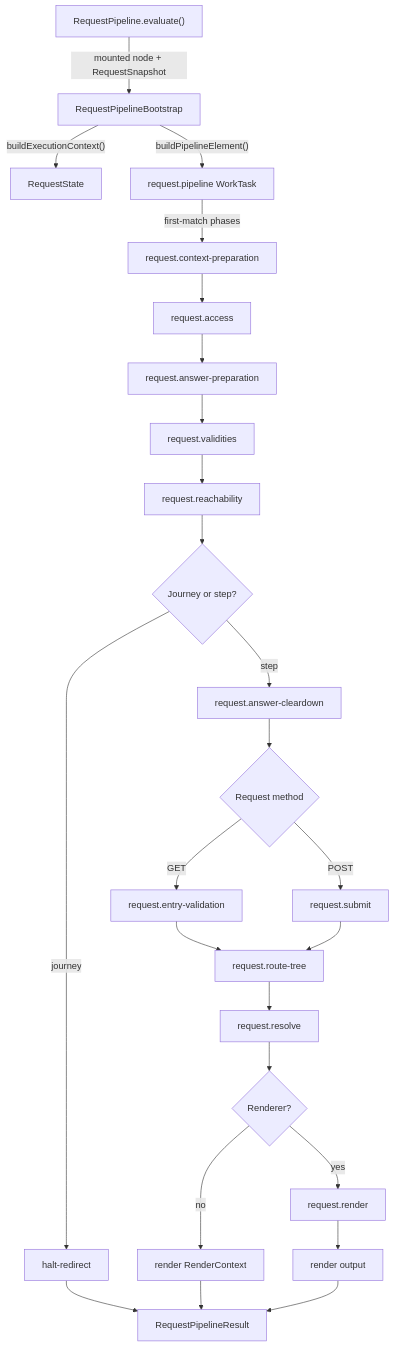
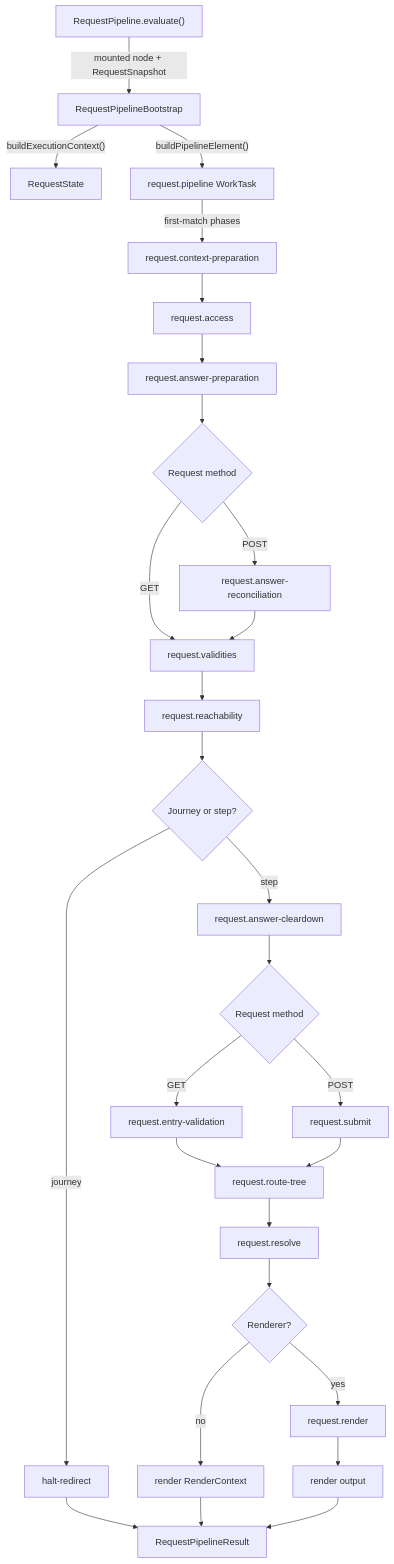
One commit to ministryofjustice/hmpps-forge changed the diagram in packages/forge-core/src/engine/chassis/runtime/pipeline/README.md. Above: the diagram before and after it, drawn with Mermaid. The commit also changed other lines of this file and 22 other files, not shown here.

````diff
--- a/packages/forge-core/src/engine/chassis/runtime/pipeline/README.md
+++ b/packages/forge-core/src/engine/chassis/runtime/pipeline/README.md
@@ -142,27 +143,30 @@
 ```mermaid
 flowchart TD
   runtime["RequestPipeline.evaluate()"] -->|"mounted node + RequestSnapshot"| bootstrap["RequestPipelineBootstrap"]
   bootstrap -->|"buildExecutionContext()"| requestContext["RequestState"]
   bootstrap -->|"buildPipelineElement()"| pipelineTask["request.pipeline WorkTask"]
   pipelineTask -->|"first-match phases"| contextPrep["request.context-preparation"]
   contextPrep --> access["request.access"]
   access --> answerPrep["request.answer-preparation"]
-  answerPrep --> validities["request.validities"]
+  answerPrep --> method0{"Request method"}
+  method0 -->|GET| validities["request.validities"]
+  method0 -->|POST| reconcile["request.answer-reconciliation"]
+  reconcile --> validities
   validities --> reachability["request.reachability"]
   reachability --> decision{"Journey or step?"}
   decision -->|journey| redirect["halt-redirect"]
   decision -->|step| cleardown["request.answer-cleardown"]
   cleardown --> method{"Request method"}
   method -->|GET| entryValidation["request.entry-validation"]
   method -->|POST| submit["request.submit"]
   entryValidation --> routeTree["request.route-tree"]
   submit --> routeTree
   routeTree --> resolve["request.resolve"]
   resolve --> renderer{"Renderer?"}
   renderer -->|no| renderContext["render RenderContext"]
   renderer -->|yes| render["request.render"]
   render --> renderOutput["render output"]
   redirect --> result["RequestPipelineResult"]
   renderContext --> result
   renderOutput --> result
 ```
````
